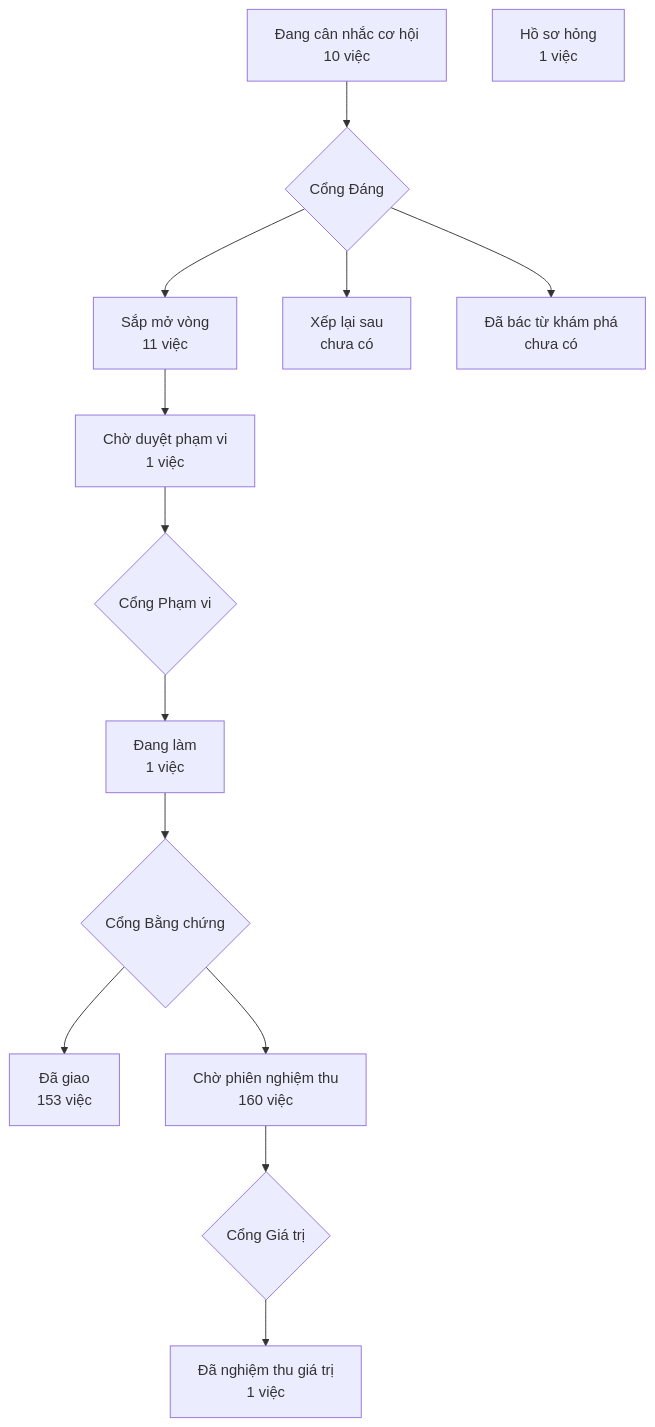
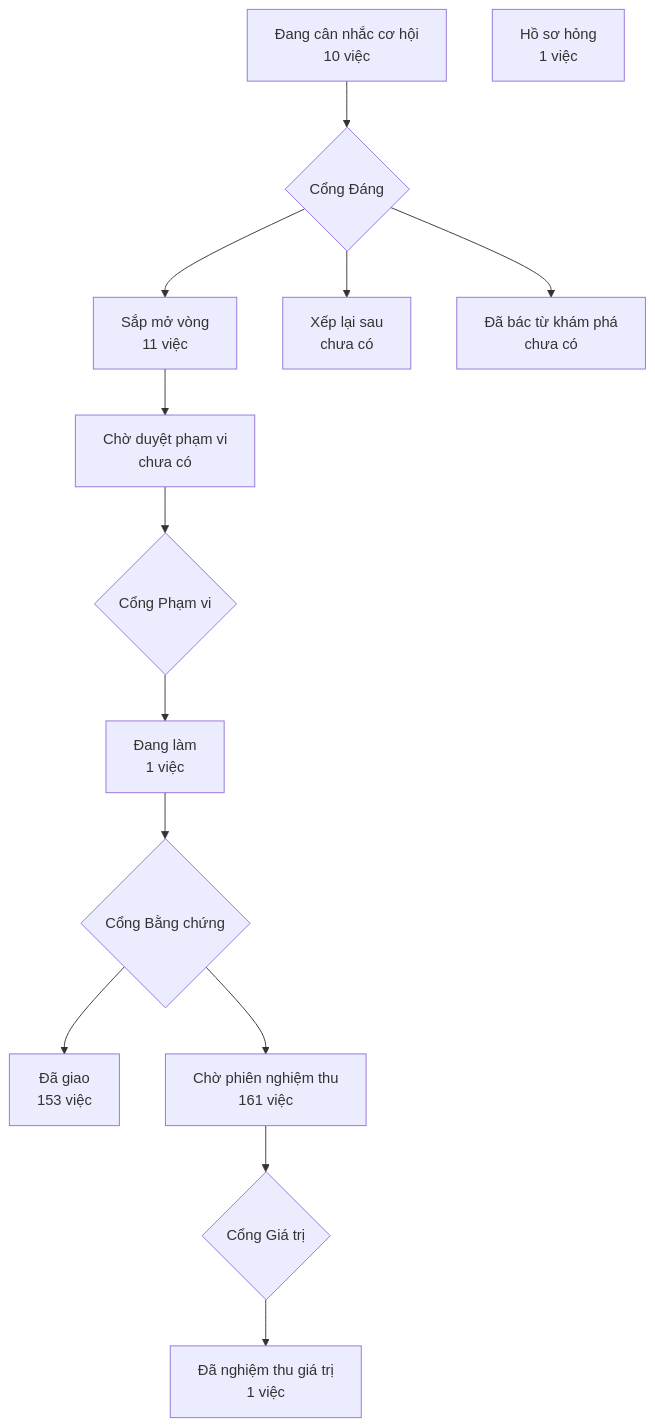
Before and after one commit to phanlemanh/crm-onehub: the diagram in PRODUCT-MAP.md, drawn with Mermaid. The commit also changed other lines of this file and 4 other files, not shown here.

````diff
--- a/PRODUCT-MAP.md
+++ b/PRODUCT-MAP.md
@@ -7,13 +7,13 @@
 ```mermaid
 flowchart TD
   A["Đang cân nhắc cơ hội<br/>10 việc"] --> GD{"Cổng Đáng"}
   GD --> B["Sắp mở vòng<br/>11 việc"]
   GD --> XL["Xếp lại sau<br/>chưa có"]
   GD --> DB["Đã bác từ khám phá<br/>chưa có"]
-  B --> CD["Chờ duyệt phạm vi<br/>1 việc"] --> GP{"Cổng Phạm vi"}
+  B --> CD["Chờ duyệt phạm vi<br/>chưa có"] --> GP{"Cổng Phạm vi"}
   GP --> DL["Đang làm<br/>1 việc"] --> GB{"Cổng Bằng chứng"}
   GB --> DG["Đã giao<br/>153 việc"]
-  GB --> CN["Chờ phiên nghiệm thu<br/>160 việc"] --> GG{"Cổng Giá trị"}
+  GB --> CN["Chờ phiên nghiệm thu<br/>161 việc"] --> GG{"Cổng Giá trị"}
   GG --> NT["Đã nghiệm thu giá trị<br/>1 việc"]
   HS["Hồ sơ hỏng<br/>1 việc"]
 ```
````
